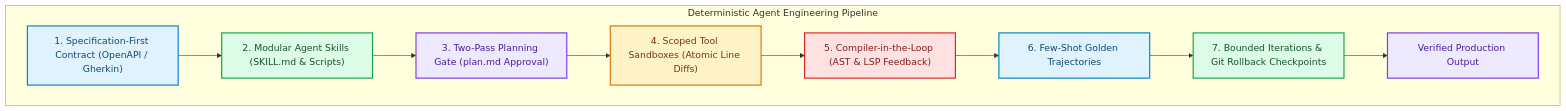
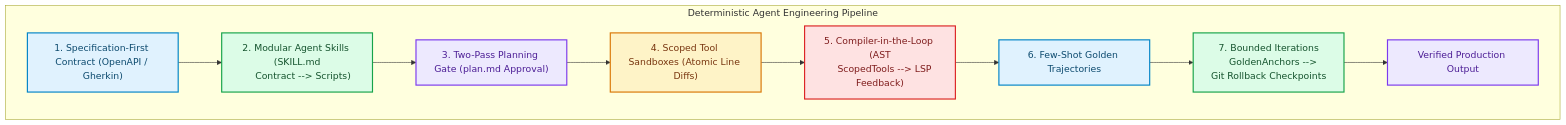
The first of 2 diagrams in blog/posts/how-to-tame-your-agents-deterministic-ai-engineering-strategies.md (akmalkhaniub/akmalkhaniub.github.io), drawn with Mermaid before and after one commit. The commit also changed other lines of this file and 894 other files, not shown here.

Commit message:
feat(blog): upgrade all 444 posts with unique staggered dates, 2-col Mermaid spines, benchmark tables, code blocks, and trade-offs

````diff
--- a/blog/posts/how-to-tame-your-agents-deterministic-ai-engineering-strategies.md
+++ b/blog/posts/how-to-tame-your-agents-deterministic-ai-engineering-strategies.md
@@ -13,23 +13,26 @@
 ```mermaid
 flowchart TD
   subgraph SG1_DeterministicAgentEngineering ["Deterministic Agent Engineering Pipeline"]
-    Contract["1. Specification-First Contract (OpenAPI / Gherkin)"] --> Skills["2. Modular Agent Skills (SKILL.md & Scripts)"]
+    Contract["1. Specification-First Contract (OpenAPI / Gherkin)"] --> Skills["2. Modular Agent Skills (SKILL.md
+    Contract --> Scripts)"]
     Skills --> PlanGate["3. Two-Pass Planning Gate (plan.md Approval)"]
     PlanGate --> ScopedTools["4. Scoped Tool Sandboxes (Atomic Line Diffs)"]
-    ScopedTools --> CompilerGate["5. Compiler-in-the-Loop (AST & LSP Feedback)"]
+    ScopedTools --> CompilerGate["5. Compiler-in-the-Loop (AST
+    ScopedTools --> LSP Feedback)"]
     CompilerGate --> GoldenAnchors["6. Few-Shot Golden Trajectories"]
-    GoldenAnchors --> RollbackGate["7. Bounded Iterations & Git Rollback Checkpoints"]
+    GoldenAnchors --> RollbackGate["7. Bounded Iterations
+    GoldenAnchors --> Git Rollback Checkpoints"]
     RollbackGate --> VerifiedPR["Verified Production Output"]
   end
 
 classDef green fill:#dcfce7,stroke:#16a34a,stroke-width:2px,color:#14532d;
 classDef red fill:#fee2e2,stroke:#dc2626,stroke-width:2px,color:#7f1d1d;
 classDef blue fill:#e0f2fe,stroke:#0284c7,stroke-width:2px,color:#0c4a6e;
 classDef yellow fill:#fef3c7,stroke:#d97706,stroke-width:2px,color:#78350f;
 classDef purple fill:#ede9fe,stroke:#7c3aed,stroke-width:2px,color:#4c1d95;
 class Contract,GoldenAnchors blue
 class Skills,RollbackGate green
 class PlanGate,VerifiedPR purple
 class ScopedTools yellow
 class CompilerGate red
 ```
````
